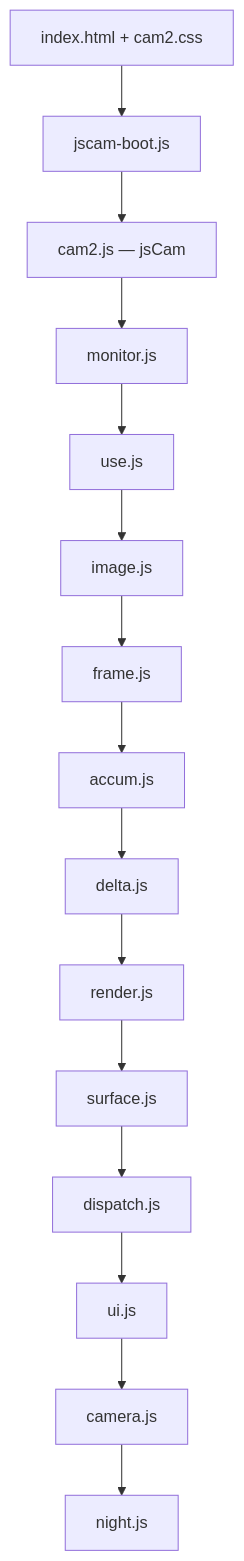
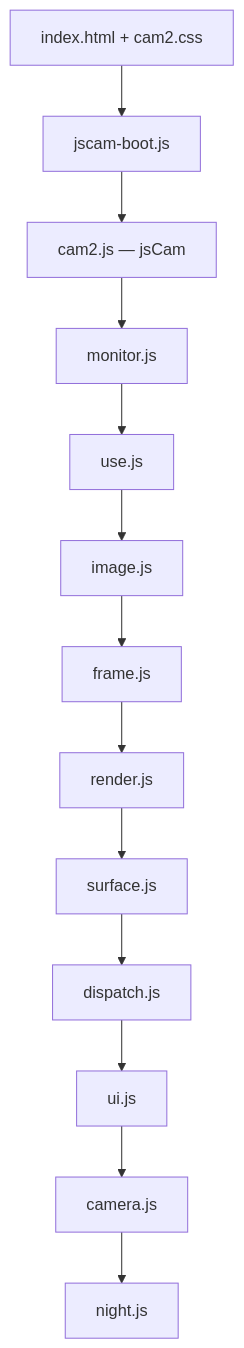
Before and after one commit to mfujimoto-code/JSCam: the first of 2 diagrams in README.md, drawn with Mermaid. The commit also changed other lines of this file and 8 other files, not shown here.

Commit message:
docs: sync design and tests after Frame accum merge

````diff
--- a/README.md
+++ b/README.md
@@ -27,17 +27,15 @@
 ```mermaid
 flowchart TB
   HTML["index.html + cam2.css"] --> Boot["jscam-boot.js"]
   Boot --> Cam2["cam2.js — jsCam"]
   Cam2 --> Mon["monitor.js"]
   Mon --> Use["use.js"]
   Use --> Img["image.js"]
   Img --> Frame["frame.js"]
-  Frame --> Accum["accum.js"]
-  Accum --> Delta["delta.js"]
-  Delta --> Render["render.js"]
+  Frame --> Render["render.js"]
   Render --> Surf["surface.js"]
   Surf --> Disp["dispatch.js"]
   Disp --> UI["ui.js"]
   UI --> Cam["camera.js"]
   Cam --> Night["night.js"]
 ```
````
